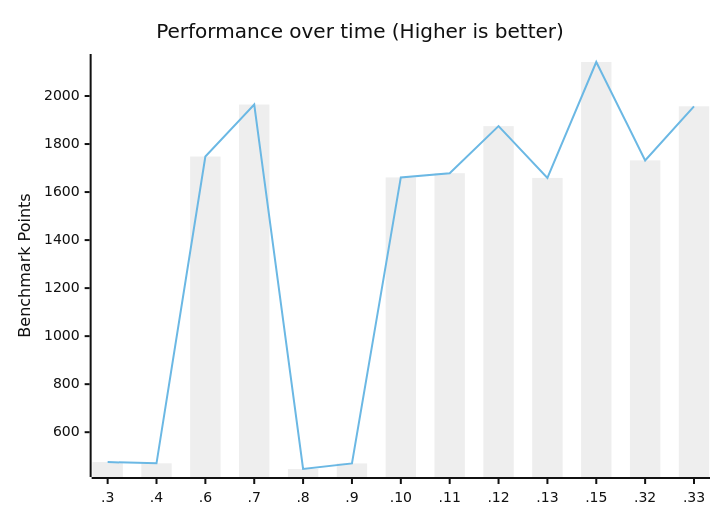
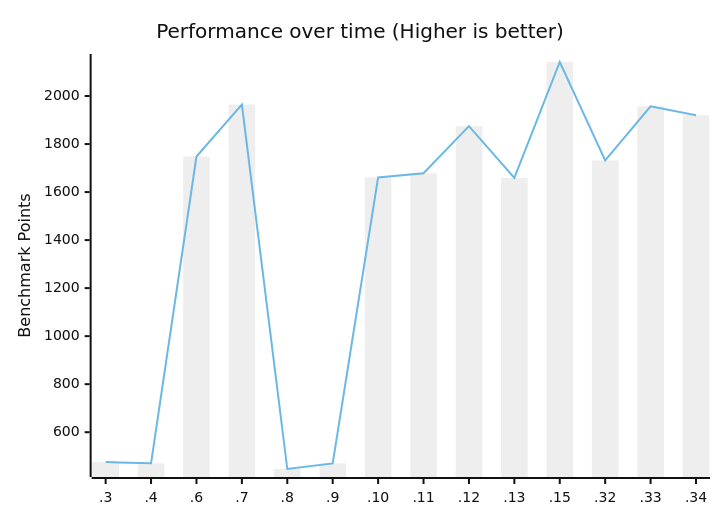
Before and after one commit to zen-browser/docs: the fourth of 4 diagrams in content/benchmarks.md, drawn with Mermaid (neutral theme). The commit also changed other lines of this file, not shown here.

````diff
--- a/content/benchmarks.md
+++ b/content/benchmarks.md
@@ -56,8 +95,8 @@
 ```mermaid
 xychart-beta
     title "Performance over time (Higher is better)"
-    x-axis [.3, .4, .6, .7, .8, .9, .10, .11, .12, .13, .15, .32, .33]
+    x-axis [.3, .4, .6, .7, .8, .9, .10, .11, .12, .13, .15, .32, .33, .34]
     y-axis "Benchmark Points"
-    bar [475.52, 470.49, 1747.98, 1964.43, 446.74, 470, 1660.89, 1678.49, 1874.49, 1658.87, 2141.63, 1732, 1957]
-    line [475.52, 470.49, 1747.98, 1964.43, 446.74, 470, 1660.89, 1678.49, 1874.49, 1658.87, 2141.63, 1732, 1957]
+    bar [475.52, 470.49, 1747.98, 1964.43, 446.74, 470, 1660.89, 1678.49, 1874.49, 1658.87, 2141.63, 1732, 1957, 1920]
+    line [475.52, 470.49, 1747.98, 1964.43, 446.74, 470, 1660.89, 1678.49, 1874.49, 1658.87, 2141.63, 1732, 1957, 1920]
 ```
````
